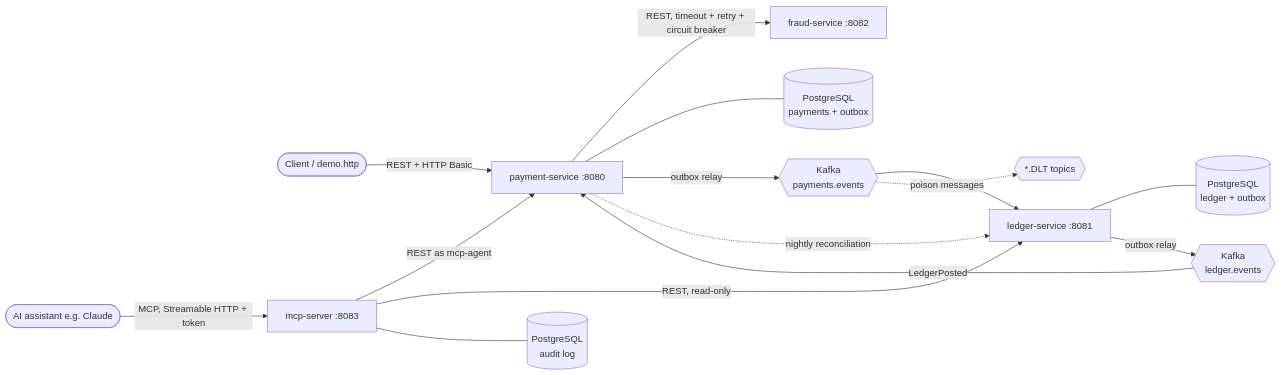
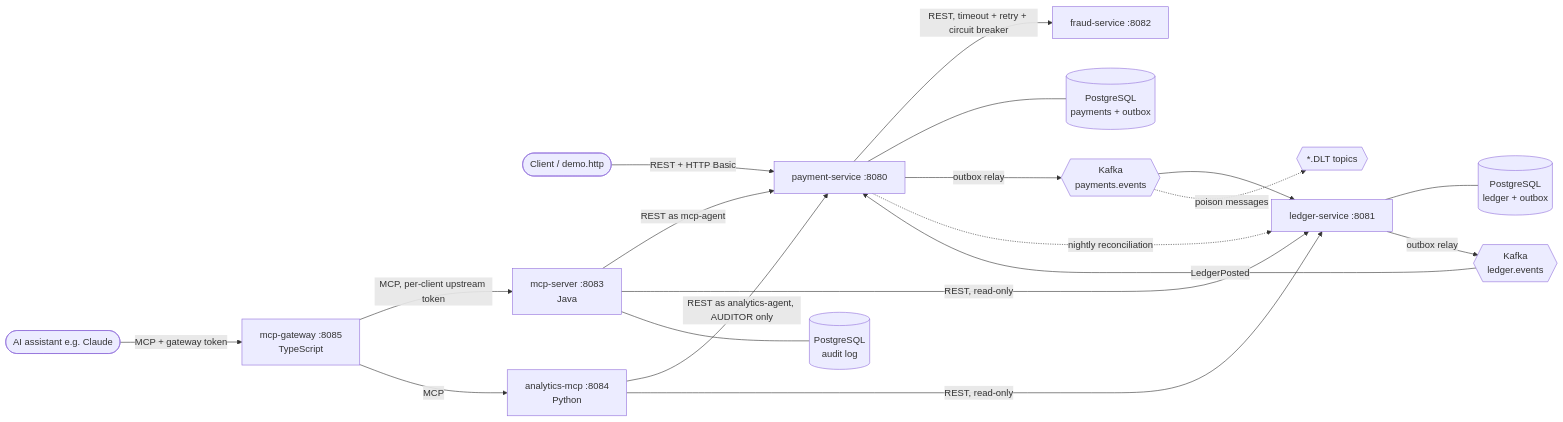
One commit to Vidhidesai12/payflow changed the diagram in README.md. Above: the diagram before and after it, drawn with Mermaid. The commit also changed other lines of this file and 26 other files, not shown here.

First line of the commit message:
Wire the MCP gateway and analytics server into the stack

````diff
--- a/README.md
+++ b/README.md
@@ -29,17 +29,21 @@
 ```mermaid
 flowchart LR
     client([Client / demo.http]) -->|REST + HTTP Basic| PS[payment-service :8080]
-    ai([AI assistant e.g. Claude]) -->|MCP, Streamable HTTP + token| MCP[mcp-server :8083]
+    ai([AI assistant e.g. Claude]) -->|MCP + gateway token| GW[mcp-gateway :8085<br/>TypeScript]
+    GW -->|MCP, per-client upstream token| MCP[mcp-server :8083<br/>Java]
+    GW -->|MCP| AN[analytics-mcp :8084<br/>Python]
+    AN -->|REST as analytics-agent, AUDITOR only| PS
+    AN -->|REST, read-only| LS
     MCP -->|REST as mcp-agent| PS
     MCP -->|REST, read-only| LS
     MCP --- ADB[(PostgreSQL<br/>audit log)]
     PS -->|REST, timeout + retry + circuit breaker| FS[fraud-service :8082]
     PS --- PDB[(PostgreSQL<br/>payments + outbox)]
     PS -->|outbox relay| K{{Kafka<br/>payments.events}}
     K --> LS[ledger-service :8081]
     LS --- LDB[(PostgreSQL<br/>ledger + outbox)]
     LS -->|outbox relay| K2{{Kafka<br/>ledger.events}}
     K2 -->|LedgerPosted| PS
     PS -.->|nightly reconciliation| LS
     K -.->|poison messages| DLT{{*.DLT topics}}
 ```
````
